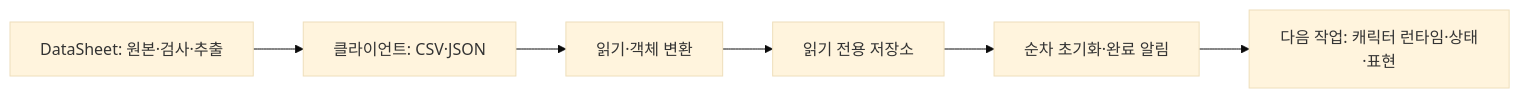
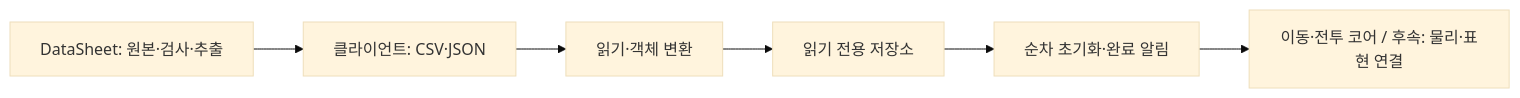
One commit to lkhwcf-arch/Human_Ghost- changed the first of 4 diagrams in 프로젝트 기본설계.md. Above: the diagram before and after it, drawn with Mermaid (base theme). The commit also changed other lines of this file and 14 other files, not shown here.

````diff
--- a/프로젝트 기본설계.md
+++ b/프로젝트 기본설계.md
@@ -7,8 +7,8 @@
 ```mermaid
 flowchart LR
     A[DataSheet: 원본·검사·추출] --> B[클라이언트: CSV·JSON]
     B --> C[읽기·객체 변환]
     C --> D[읽기 전용 저장소]
     D --> E[순차 초기화·완료 알림]
-    E --> F[다음 작업: 캐릭터 런타임·상태·표현]
+    E --> F[이동·전투 코어 / 후속: 물리·표현 연결]
 ```
````
